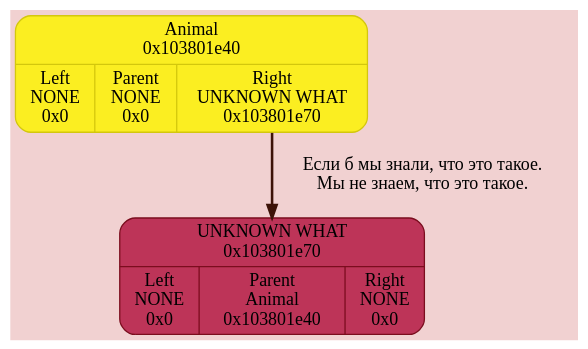
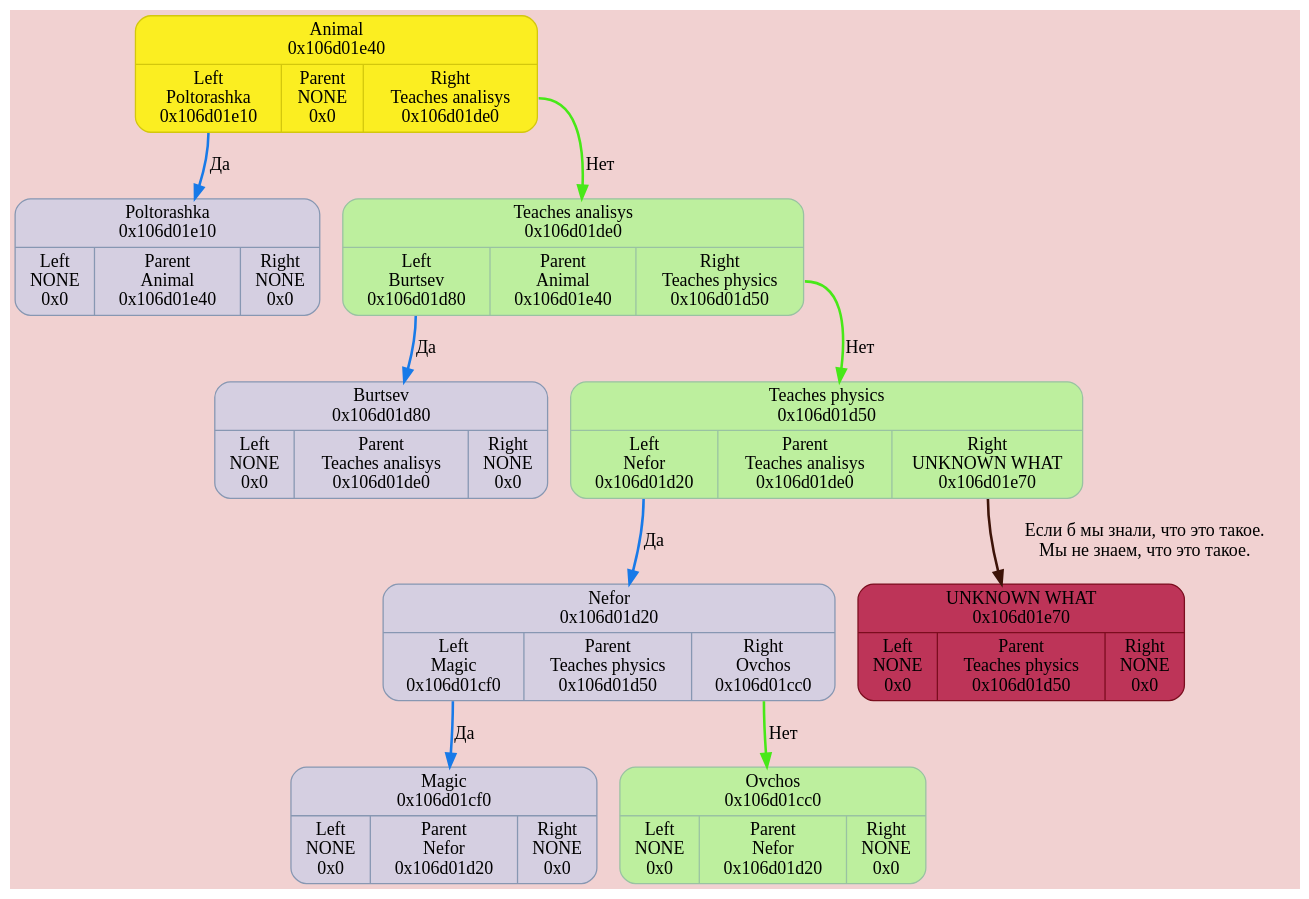
One commit to TolikRogov/Akinator changed the diagram in dump/graph.dot. Above: the diagram before and after it, drawn with Graphviz. The commit also changed 6 other files, not shown here.

```diff
--- a/dump/graph.dot
+++ b/dump/graph.dot
@@ -1,9 +1,26 @@
 digraph {
 	fontname = "UbuntuMono";
 	bgcolor = "#F1D1D1";
 
-	node0x103801e40 [ shape = Mrecord; style = filled; fillcolor = "#FBEE21"; color = "#D3C70D"; fontcolor = "#000000";label = " { Animal\n0x103801e40 | { <left> Left\nNONE\n0x0 | Parent\nNONE\n0x0 | <right> Right\nUNKNOWN WHAT\n0x103801e70 } } ";  ];
-	node0x103801e70 [ shape = Mrecord; style = filled; fillcolor = "#D5CFE1"; color = "#8797b2"; fontcolor = "#000000";label = " { UNKNOWN WHAT\n0x103801e70 | { <left> Left\nNONE\n0x0 | Parent\nAnimal\n0x103801e40 | <right> Right\nNONE\n0x0 } } ";  ];
-	node0x103801e70 [ fillcolor = "#BD3458"; color = "#7b0d1e"; fontcolor = "#000000"; ];
-	node0x103801e40:<right> -> node0x103801e70 [ style = "bold"; color = "#3d1308"; label = "Если б мы знали, что это такое.\nМы не знаем, что это такое."; ];
+	node0x106d01e40 [ shape = Mrecord; style = filled; fillcolor = "#FBEE21"; color = "#D3C70D"; fontcolor = "#000000";label = " { Animal\n0x106d01e40 | { <left> Left\nPoltorashka\n0x106d01e10 | Parent\nNONE\n0x0 | <right> Right\nTeaches analisys\n0x106d01de0 } } ";  ];
+	node0x106d01e40:<left> -> node0x106d01e10 [ style = "bold"; color = "#187AE8"; label = "Да"; ];
+	node0x106d01e10 [ shape = Mrecord; style = filled; fillcolor = "#D5CFE1"; color = "#8797b2"; fontcolor = "#000000";label = " { Poltorashka\n0x106d01e10 | { <left> Left\nNONE\n0x0 | Parent\nAnimal\n0x106d01e40 | <right> Right\nNONE\n0x0 } } ";  ];
+	node0x106d01de0 [ shape = Mrecord; style = filled; fillcolor = "#D5CFE1"; color = "#8797b2"; fontcolor = "#000000";label = " { Teaches analisys\n0x106d01de0 | { <left> Left\nBurtsev\n0x106d01d80 | Parent\nAnimal\n0x106d01e40 | <right> Right\nTeaches physics\n0x106d01d50 } } ";  ];
+	node0x106d01de0:<left> -> node0x106d01d80 [ style = "bold"; color = "#187AE8"; label = "Да"; ];
+	node0x106d01d80 [ shape = Mrecord; style = filled; fillcolor = "#D5CFE1"; color = "#8797b2"; fontcolor = "#000000";label = " { Burtsev\n0x106d01d80 | { <left> Left\nNONE\n0x0 | Parent\nTeaches analisys\n0x106d01de0 | <right> Right\nNONE\n0x0 } } ";  ];
+	node0x106d01d50 [ shape = Mrecord; style = filled; fillcolor = "#D5CFE1"; color = "#8797b2"; fontcolor = "#000000";label = " { Teaches physics\n0x106d01d50 | { <left> Left\nNefor\n0x106d01d20 | Parent\nTeaches analisys\n0x106d01de0 | <right> Right\nUNKNOWN WHAT\n0x106d01e70 } } ";  ];
+	node0x106d01d50:<left> -> node0x106d01d20 [ style = "bold"; color = "#187AE8"; label = "Да"; ];
+	node0x106d01d20 [ shape = Mrecord; style = filled; fillcolor = "#D5CFE1"; color = "#8797b2"; fontcolor = "#000000";label = " { Nefor\n0x106d01d20 | { <left> Left\nMagic\n0x106d01cf0 | Parent\nTeaches physics\n0x106d01d50 | <right> Right\nOvchos\n0x106d01cc0 } } ";  ];
+	node0x106d01d20:<left> -> node0x106d01cf0 [ style = "bold"; color = "#187AE8"; label = "Да"; ];
+	node0x106d01cf0 [ shape = Mrecord; style = filled; fillcolor = "#D5CFE1"; color = "#8797b2"; fontcolor = "#000000";label = " { Magic\n0x106d01cf0 | { <left> Left\nNONE\n0x0 | Parent\nNefor\n0x106d01d20 | <right> Right\nNONE\n0x0 } } ";  ];
+	node0x106d01cc0 [ shape = Mrecord; style = filled; fillcolor = "#D5CFE1"; color = "#8797b2"; fontcolor = "#000000";label = " { Ovchos\n0x106d01cc0 | { <left> Left\nNONE\n0x0 | Parent\nNefor\n0x106d01d20 | <right> Right\nNONE\n0x0 } } ";  ];
+	node0x106d01d20:<right> -> node0x106d01cc0 [ style = "bold"; color = "#48E818"; label = "Нет"; ];
+	node0x106d01cc0 [ fillcolor = "#BDEF9E"; color = "#99c2a2"; fontcolor = "#000000"; ];
+	node0x106d01e70 [ shape = Mrecord; style = filled; fillcolor = "#D5CFE1"; color = "#8797b2"; fontcolor = "#000000";label = " { UNKNOWN WHAT\n0x106d01e70 | { <left> Left\nNONE\n0x0 | Parent\nTeaches physics\n0x106d01d50 | <right> Right\nNONE\n0x0 } } ";  ];
+	node0x106d01e70 [ fillcolor = "#BD3458"; color = "#7b0d1e"; fontcolor = "#000000"; ];
+	node0x106d01d50:<right> -> node0x106d01e70 [ style = "bold"; color = "#3d1308"; label = "Если б мы знали, что это такое.\nМы не знаем, что это такое."; ];
+	node0x106d01de0:<right> -> node0x106d01d50 [ style = "bold"; color = "#48E818"; label = "Нет"; ];
+	node0x106d01d50 [ fillcolor = "#BDEF9E"; color = "#99c2a2"; fontcolor = "#000000"; ];
+	node0x106d01e40:<right> -> node0x106d01de0 [ style = "bold"; color = "#48E818"; label = "Нет"; ];
+	node0x106d01de0 [ fillcolor = "#BDEF9E"; color = "#99c2a2"; fontcolor = "#000000"; ];
 }
```
